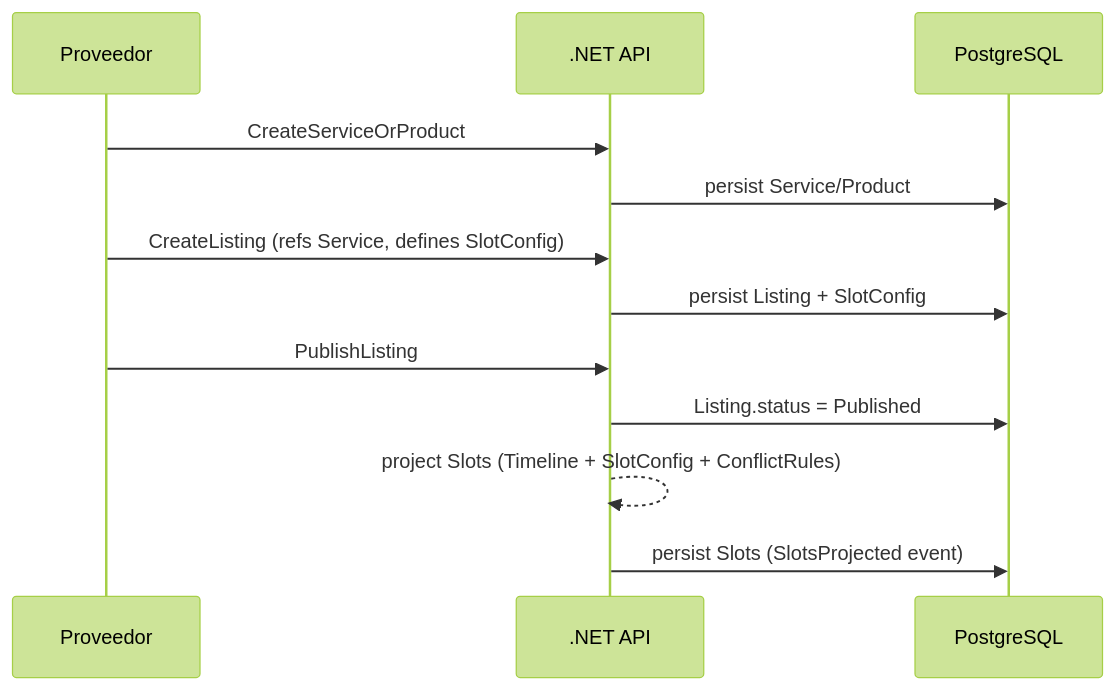
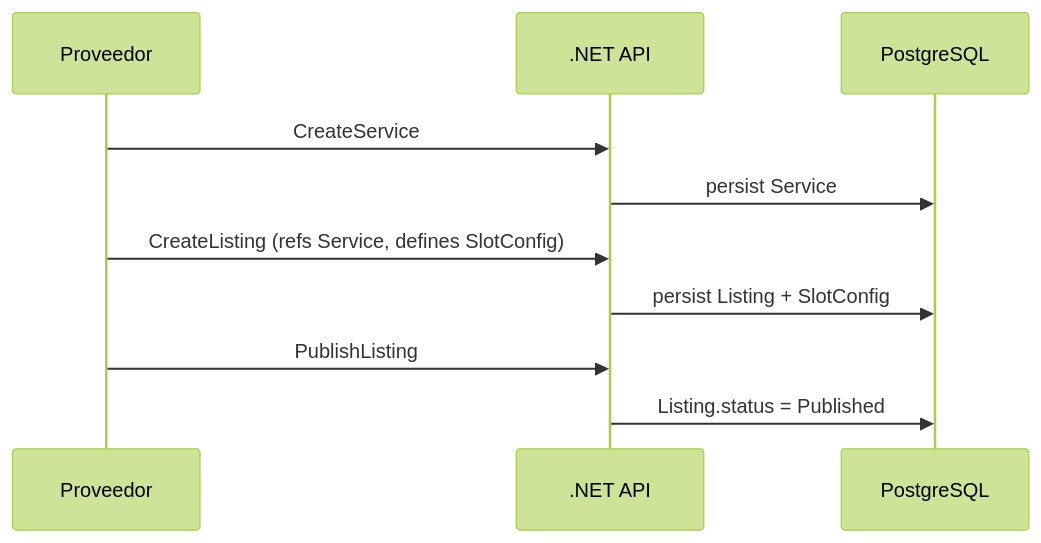
The third of 6 diagrams in docs/03-architecture/system-architecture/overview.md (vytehub/vt-docs-public), drawn with Mermaid (forest theme) before and after one commit. The commit also changed other lines of this file and 32 other files, not shown here.

````diff
--- a/docs/03-architecture/system-architecture/overview.md
+++ b/docs/03-architecture/system-architecture/overview.md
@@ -76,18 +82,15 @@
 ```mermaid
 sequenceDiagram
   participant P as Proveedor
   participant API as .NET API
   participant DB as PostgreSQL
 
-  P->>API: CreateServiceOrProduct
-  API->>DB: persist Service/Product
+  P->>API: CreateService
+  API->>DB: persist Service
 
   P->>API: CreateListing (refs Service, defines SlotConfig)
   API->>DB: persist Listing + SlotConfig
 
   P->>API: PublishListing
   API->>DB: Listing.status = Published
-
-  API-->>API: project Slots (Timeline + SlotConfig + ConflictRules)
-  API->>DB: persist Slots (SlotsProjected event)
 ```
````
